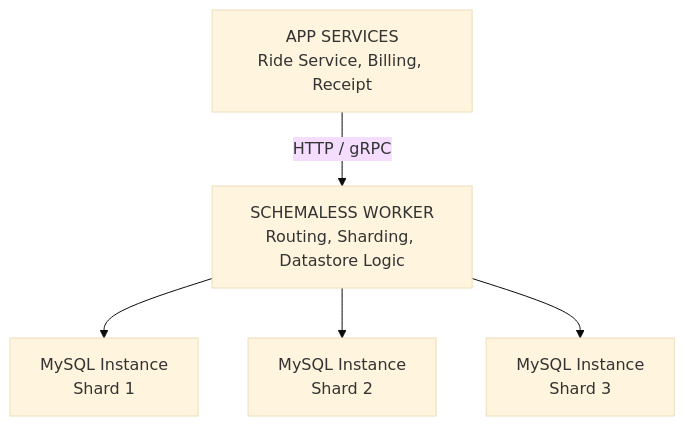
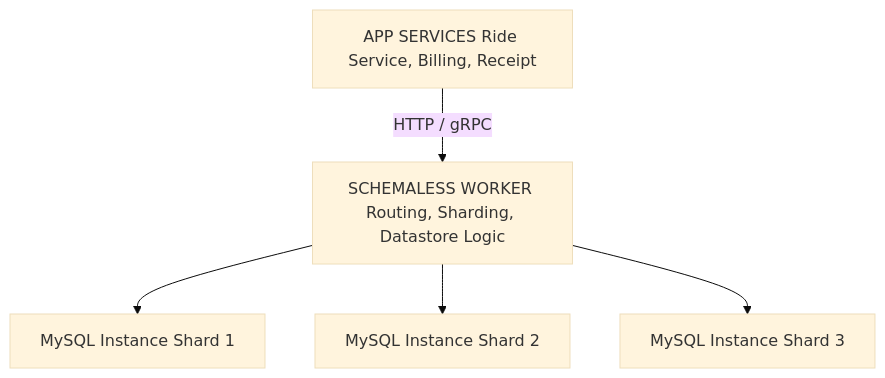
One commit to Chandra179/atlas changed the seventh of 16 diagrams in blog/astro/src/content/docs/uber-architecture.md. Above: the diagram before and after it, drawn with Mermaid (base theme). The commit also changed other lines of this file and 1 other file, not shown here.

````diff
--- a/blog/astro/src/content/docs/uber-architecture.md
+++ b/blog/astro/src/content/docs/uber-architecture.md
@@ -428,8 +428,8 @@
 ```mermaid
 graph TB
-    APP["APP SERVICES<br/>Ride Service, Billing, Receipt"]
-    APP -->|HTTP / gRPC| SW["SCHEMALESS WORKER<br/>Routing, Sharding, Datastore Logic"]
-    SW --> M1["MySQL Instance<br/>Shard 1"]
-    SW --> M2["MySQL Instance<br/>Shard 2"]
-    SW --> M3["MySQL Instance<br/>Shard 3"]
+    APP["APP SERVICES Ride Service, Billing, Receipt"]
+    APP -->|HTTP / gRPC| SW["SCHEMALESS WORKER Routing, Sharding, Datastore Logic"]
+    SW --> M1["MySQL Instance Shard 1"]
+    SW --> M2["MySQL Instance Shard 2"]
+    SW --> M3["MySQL Instance Shard 3"]
 ```
````
